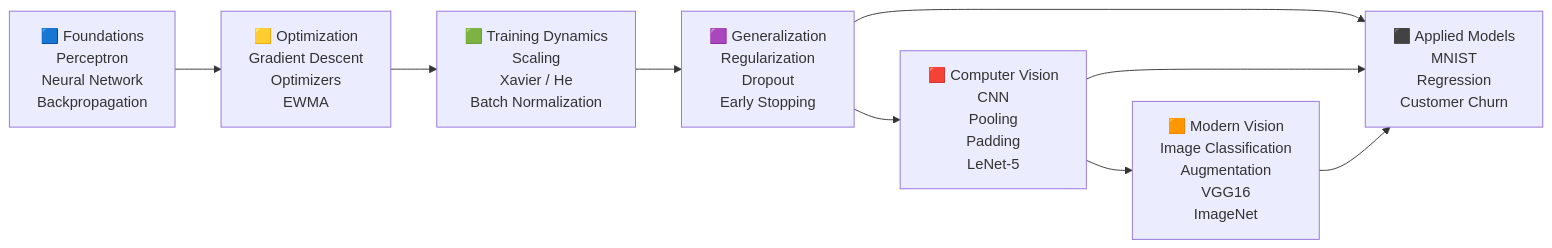
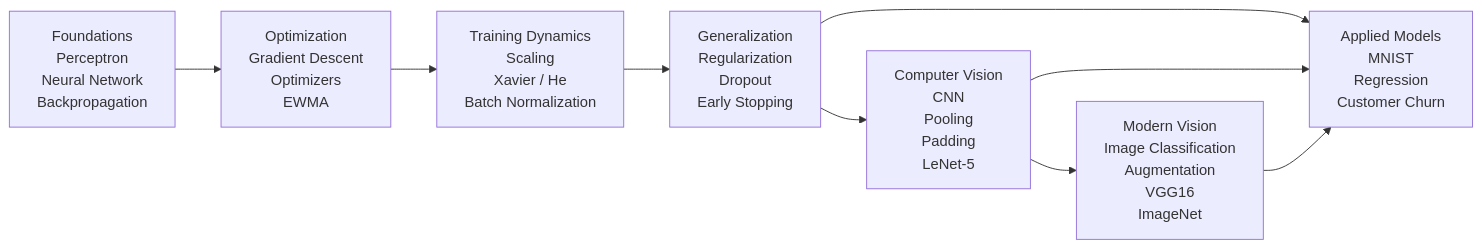
Before and after one commit to RITESH2127/Deep-learning-notebooks-and-datasets: the first of 3 diagrams in README.md, drawn with Mermaid. The commit also changed other lines of this file, not shown here.

```diff
--- a/README.md
+++ b/README.md
@@ -79,15 +79,15 @@
 ~~~mermaid
 flowchart LR
-    A["🟦 Foundations<br/>Perceptron<br/>Neural Network<br/>Backpropagation"]
-    B["🟨 Optimization<br/>Gradient Descent<br/>Optimizers<br/>EWMA"]
-    C["🟩 Training Dynamics<br/>Scaling<br/>Xavier / He<br/>Batch Normalization"]
-    D["🟪 Generalization<br/>Regularization<br/>Dropout<br/>Early Stopping"]
-    E["🟥 Computer Vision<br/>CNN<br/>Pooling<br/>Padding<br/>LeNet-5"]
-    F["🟧 Modern Vision<br/>Image Classification<br/>Augmentation<br/>VGG16<br/>ImageNet"]
-    G["⬛ Applied Models<br/>MNIST<br/>Regression<br/>Customer Churn"]
+ A[" Foundations<br/>Perceptron<br/>Neural Network<br/>Backpropagation"]
+ B[" Optimization<br/>Gradient Descent<br/>Optimizers<br/>EWMA"]
+ C[" Training Dynamics<br/>Scaling<br/>Xavier / He<br/>Batch Normalization"]
+ D[" Generalization<br/>Regularization<br/>Dropout<br/>Early Stopping"]
+ E[" Computer Vision<br/>CNN<br/>Pooling<br/>Padding<br/>LeNet-5"]
+ F[" Modern Vision<br/>Image Classification<br/>Augmentation<br/>VGG16<br/>ImageNet"]
+ G[" Applied Models<br/>MNIST<br/>Regression<br/>Customer Churn"]
 
-    A --> B --> C --> D --> E --> F
-    D --> G
-    E --> G
-    F --> G
+ A --> B --> C --> D --> E --> F
+ D --> G
+ E --> G
+ F --> G
 ~~~
```
